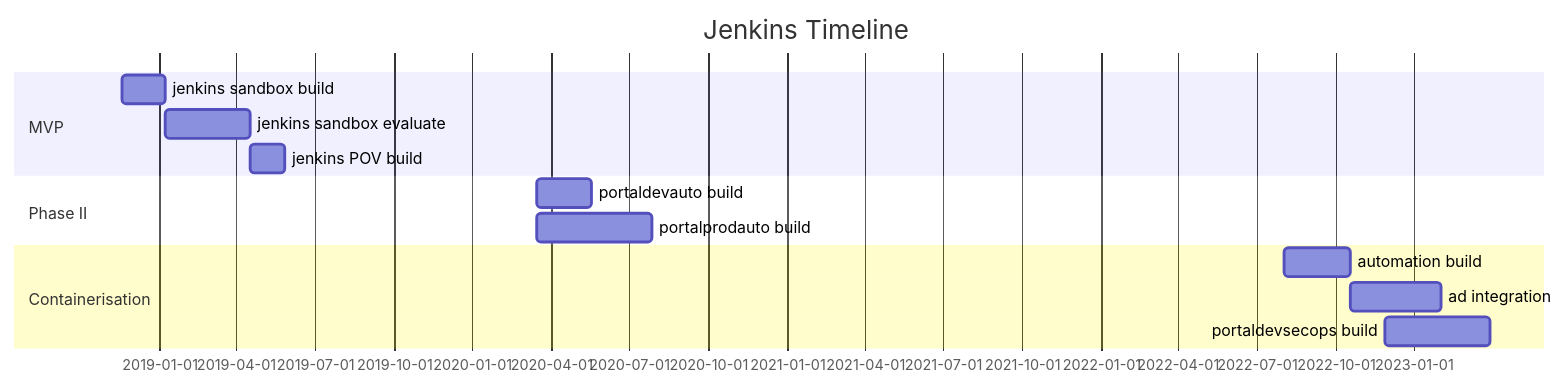
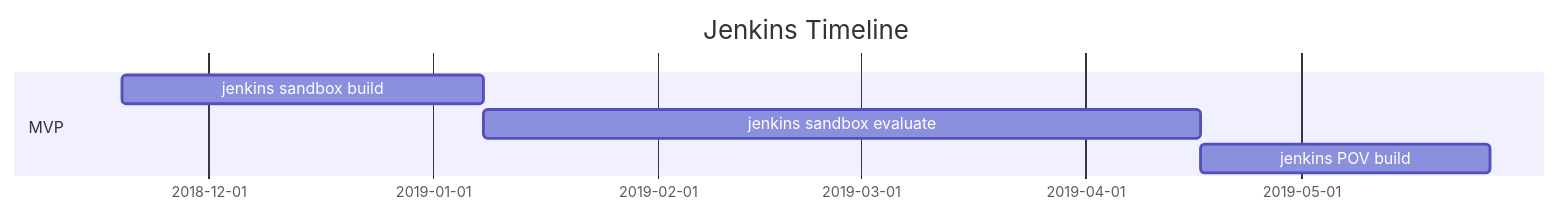
Before and after one commit to MoTTTT/whatWeThink: the third of 5 diagrams in README.md, drawn with Mermaid. The commit also changed other lines of this file, not shown here.

````diff
--- a/README.md
+++ b/README.md
@@ -32,16 +32,10 @@
 ```mermaid
 gantt
     title Jenkins Timeline
     dateFormat  YYYY-MM-DD
     section MVP
         jenkins sandbox build : m1, 2018-11-19, 2019-01-08
         jenkins sandbox evaluate:  m2, 2019-01-08, 2019-04-17
         jenkins POV build: m3,  2019-04-17, 2019-05-27
-    section Phase II
-        portaldevauto build: p1, 2020-03-16, 2020-05-18
-        portalprodauto build: p2, 2020-03-16, 2020-07-27
-    section Containerisation
-        automation build: c2, 2022-08-03, 2022-10-19
-        ad integration: c3, 2022-10-19, 2023-02-01
-        portaldevsecops build: c5, 2022-11-27, 2023-03-30 
+
 ```
````
